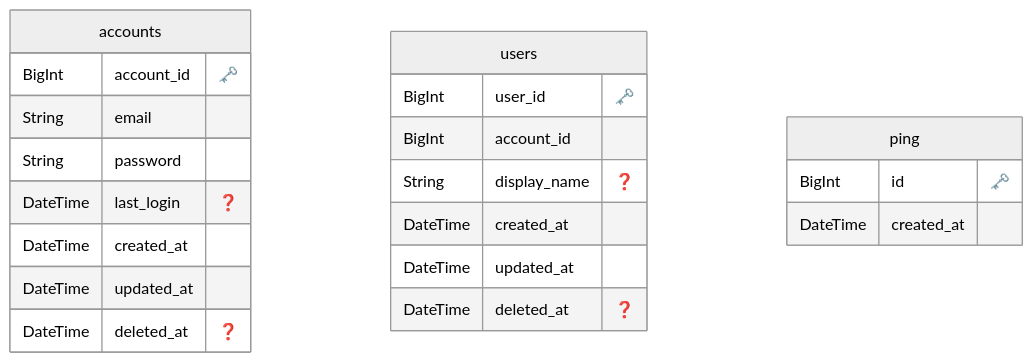
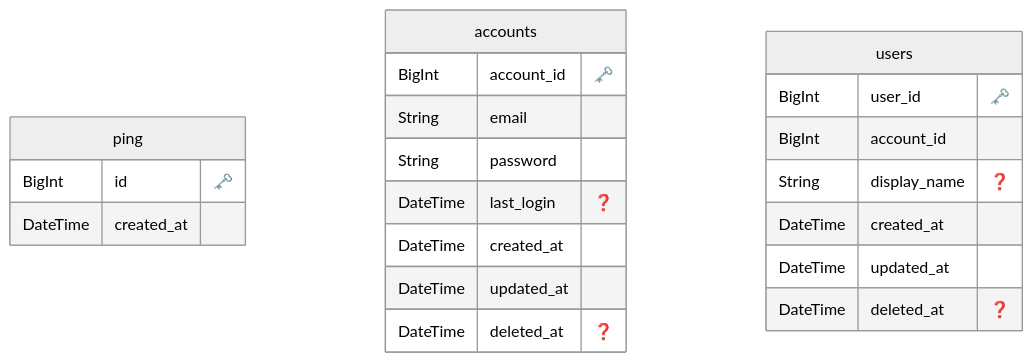
One commit to Geek-Teck-Mentors/trend_diary changed the diagram in prisma/ERD.md. Above: the diagram before and after it, drawn with Mermaid (neutral theme). The commit also changed other lines of this file and 4 other files, not shown here.

````diff
--- a/prisma/ERD.md
+++ b/prisma/ERD.md
@@ -1,30 +1,30 @@
 ```mermaid
 erDiagram
+
+  "ping" {
+    BigInt id "🗝️"
+    DateTime created_at 
+    }
+  
 
   "accounts" {
     BigInt account_id "🗝️"
     String email 
     String password 
     DateTime last_login "❓"
     DateTime created_at 
     DateTime updated_at 
     DateTime deleted_at "❓"
     }
   
 
   "users" {
     BigInt user_id "🗝️"
     BigInt account_id 
     String display_name "❓"
     DateTime created_at 
     DateTime updated_at 
     DateTime deleted_at "❓"
     }
   
-
-  "ping" {
-    BigInt id "🗝️"
-    DateTime created_at 
-    }
-  
 ```
````
